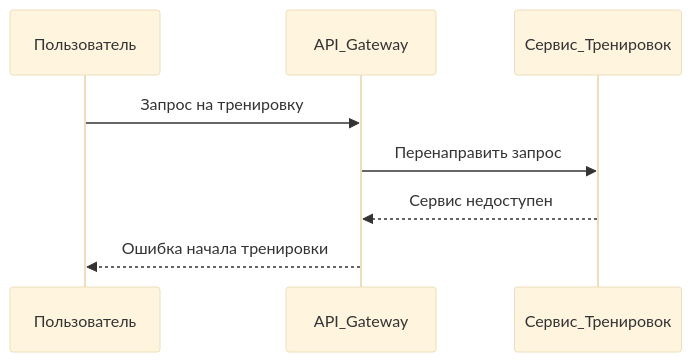
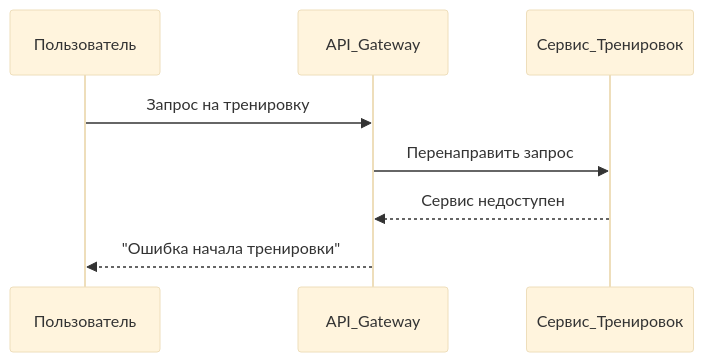
One commit to andreyantropov/architect-coursework changed the second of 8 diagrams in architecture/critical-business-processes.md. Above: the diagram before and after it, drawn with Mermaid (base theme). The commit also changed other lines of this file, not shown here.

Commit message:
fix: Поправлены некоторые схемы в критических бизнес-процессах.

````diff
--- a/architecture/critical-business-processes.md
+++ b/architecture/critical-business-processes.md
@@ -17,11 +17,11 @@
 ```mermaid
 sequenceDiagram
     participant Пользователь
     participant API_Gateway
     participant Сервис_Тренировок
     
     Пользователь->>API_Gateway: Запрос на тренировку
     API_Gateway->>Сервис_Тренировок: Перенаправить запрос
     Сервис_Тренировок-->>API_Gateway: Сервис недоступен
-    API_Gateway-->>Пользователь: Ошибка начала тренировки
+    API_Gateway-->>Пользователь: "Ошибка начала тренировки"
 ```
````
